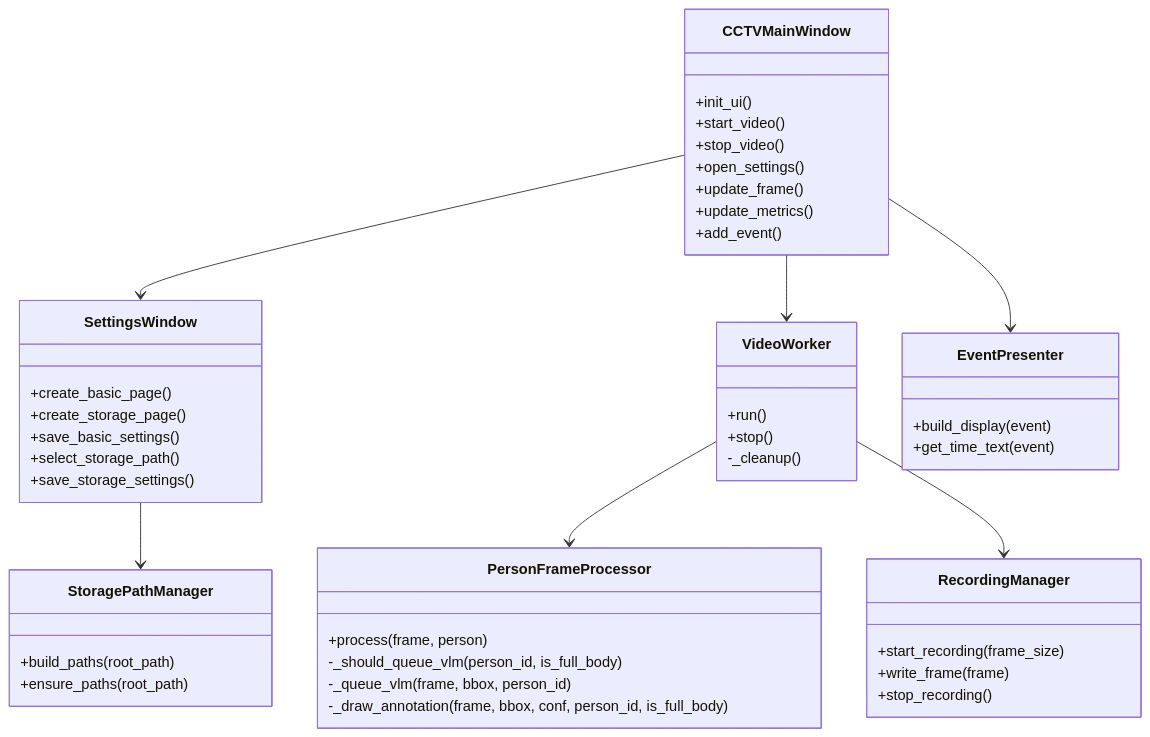
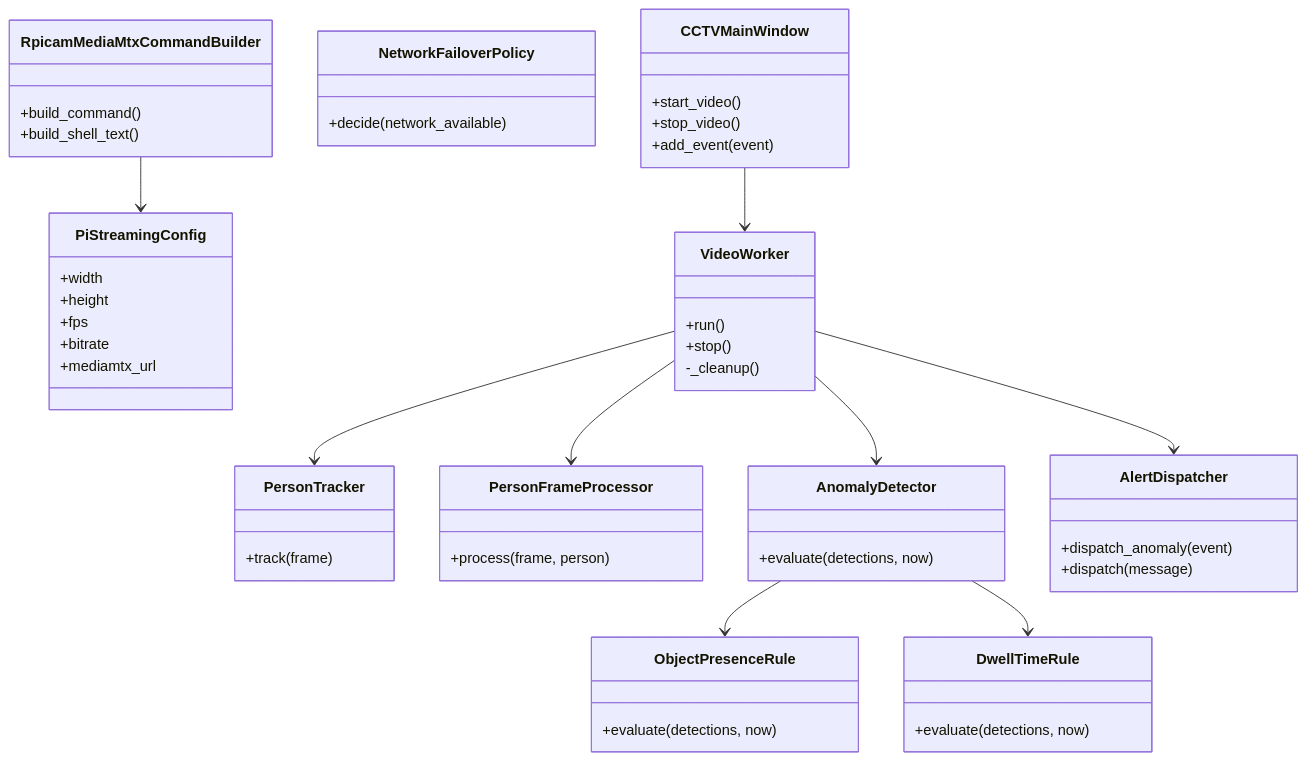
Before and after one commit to taegyu-heo-bigstar/AI_CCTV: the second of 2 diagrams in flow.md, drawn with Mermaid. The commit also changed other lines of this file and 18 other files, not shown here.

````diff
--- a/flow.md
+++ b/flow.md
@@ -75,56 +53,65 @@
 ```mermaid
 classDiagram
-    class CCTVMainWindow {
-        +init_ui()
-        +start_video()
-        +stop_video()
-        +open_settings()
-        +update_frame()
-        +update_metrics()
-        +add_event()
+    class PiStreamingConfig {
+        +width
+        +height
+        +fps
+        +bitrate
+        +mediamtx_url
     }
 
-    class SettingsWindow {
-        +create_basic_page()
-        +create_storage_page()
-        +save_basic_settings()
-        +select_storage_path()
-        +save_storage_settings()
+    class RpicamMediaMtxCommandBuilder {
+        +build_command()
+        +build_shell_text()
     }
 
-    class StoragePathManager {
-        +build_paths(root_path)
-        +ensure_paths(root_path)
+    class NetworkFailoverPolicy {
+        +decide(network_available)
     }
 
     class VideoWorker {
         +run()
         +stop()
         -_cleanup()
     }
 
+    class PersonTracker {
+        +track(frame)
+    }
+
     class PersonFrameProcessor {
         +process(frame, person)
-        -_should_queue_vlm(person_id, is_full_body)
-        -_queue_vlm(frame, bbox, person_id)
-        -_draw_annotation(frame, bbox, conf, person_id, is_full_body)
     }
 
-    class EventPresenter {
-        +build_display(event)
-        +get_time_text(event)
+    class AnomalyDetector {
+        +evaluate(detections, now)
     }
 
-    class RecordingManager {
-        +start_recording(frame_size)
-        +write_frame(frame)
-        +stop_recording()
+    class ObjectPresenceRule {
+        +evaluate(detections, now)
     }
 
-    CCTVMainWindow --> SettingsWindow
+    class DwellTimeRule {
+        +evaluate(detections, now)
+    }
+
+    class AlertDispatcher {
+        +dispatch_anomaly(event)
+        +dispatch(message)
+    }
+
+    class CCTVMainWindow {
+        +start_video()
+        +stop_video()
+        +add_event(event)
+    }
+
+    RpicamMediaMtxCommandBuilder --> PiStreamingConfig
+    VideoWorker --> PersonTracker
+    VideoWorker --> PersonFrameProcessor
+    VideoWorker --> AnomalyDetector
+    AnomalyDetector --> ObjectPresenceRule
+    AnomalyDetector --> DwellTimeRule
+    VideoWorker --> AlertDispatcher
     CCTVMainWindow --> VideoWorker
-    CCTVMainWindow --> EventPresenter
-    SettingsWindow --> StoragePathManager
-    VideoWorker --> PersonFrameProcessor
-    VideoWorker --> RecordingManager
 ```
````
